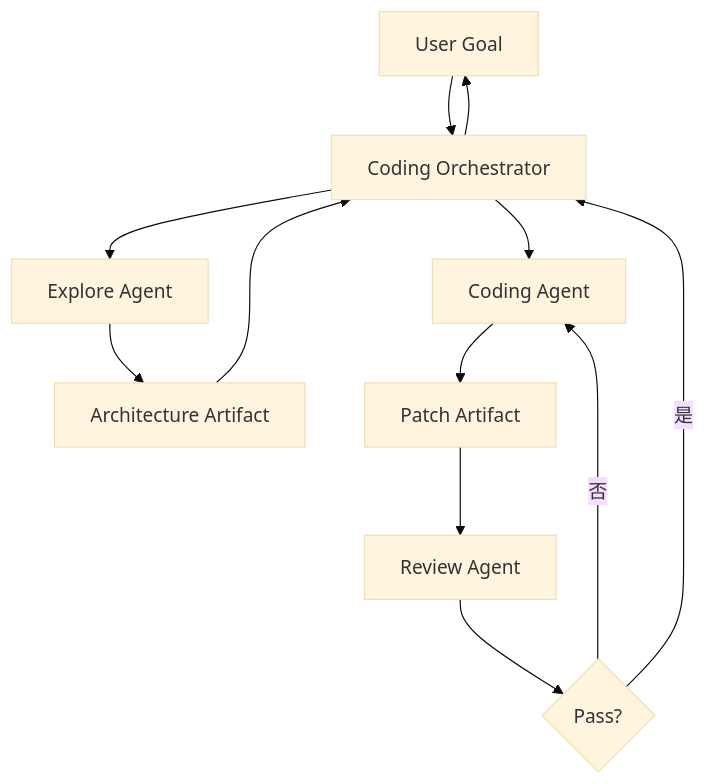
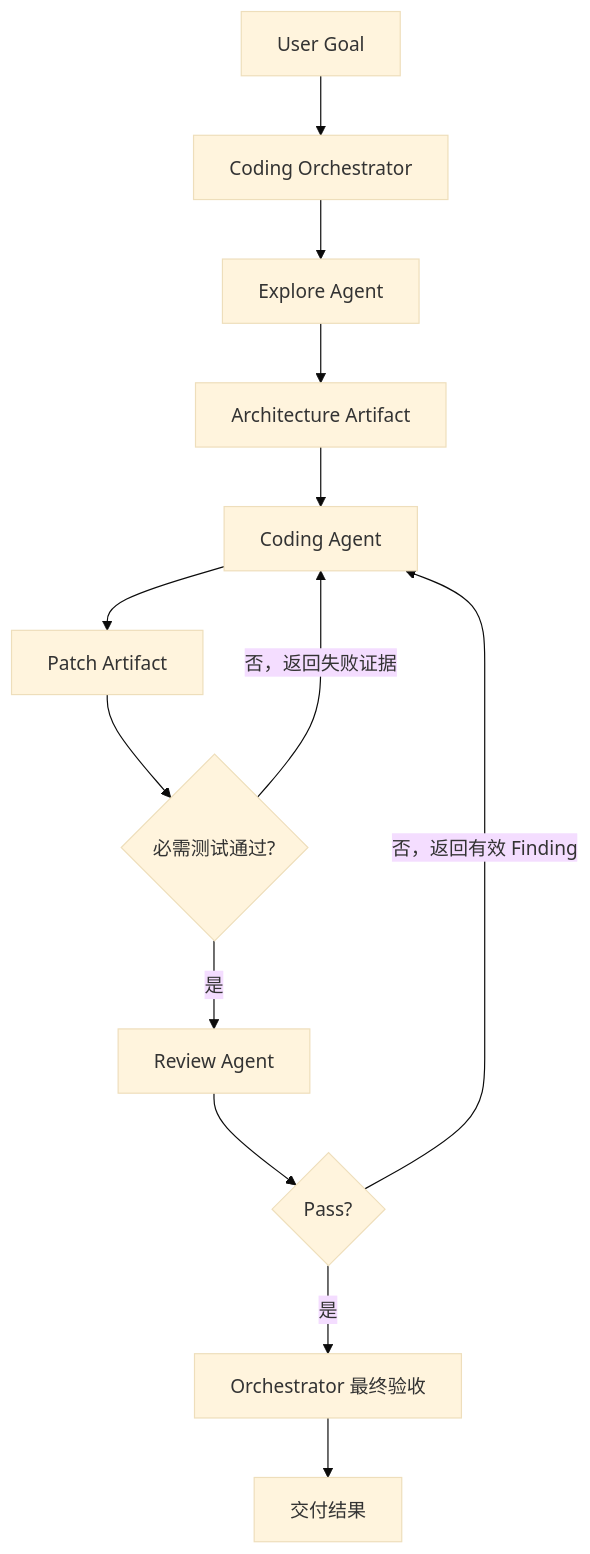
Before and after one commit to oneleaveknowsthefall/awesome-ai-roadmap: diagram 23 of 24 in docs/agent/04-multi-agent/13-multi-agent-coordination.md, drawn with Mermaid (base theme). The commit also changed other lines of this file and 34 other files, not shown here.

First line of the commit message:
docs: review Agent interview manuscript chapter by chapter

````diff
--- a/docs/agent/04-multi-agent/13-multi-agent-coordination.md
+++ b/docs/agent/04-multi-agent/13-multi-agent-coordination.md
@@ -1236,14 +1248,15 @@
 ```mermaid
 flowchart TB
     G[User Goal] --> O[Coding Orchestrator]
     O --> E[Explore Agent]
     E --> A[Architecture Artifact]
-    A --> O
-    O --> C[Coding Agent]
+    A --> C[Coding Agent]
     C --> D[Patch Artifact]
-    D --> R[Review Agent]
+    D --> TEST{必需测试通过?}
+    TEST -->|否，返回失败证据| C
+    TEST -->|是| R[Review Agent]
     R --> V{Pass?}
-    V -->|否| C
-    V -->|是| O
-    O --> G
+    V -->|否，返回有效 Finding| C
+    V -->|是| ACCEPT[Orchestrator 最终验收]
+    ACCEPT --> DONE[交付结果]
 ```
````
